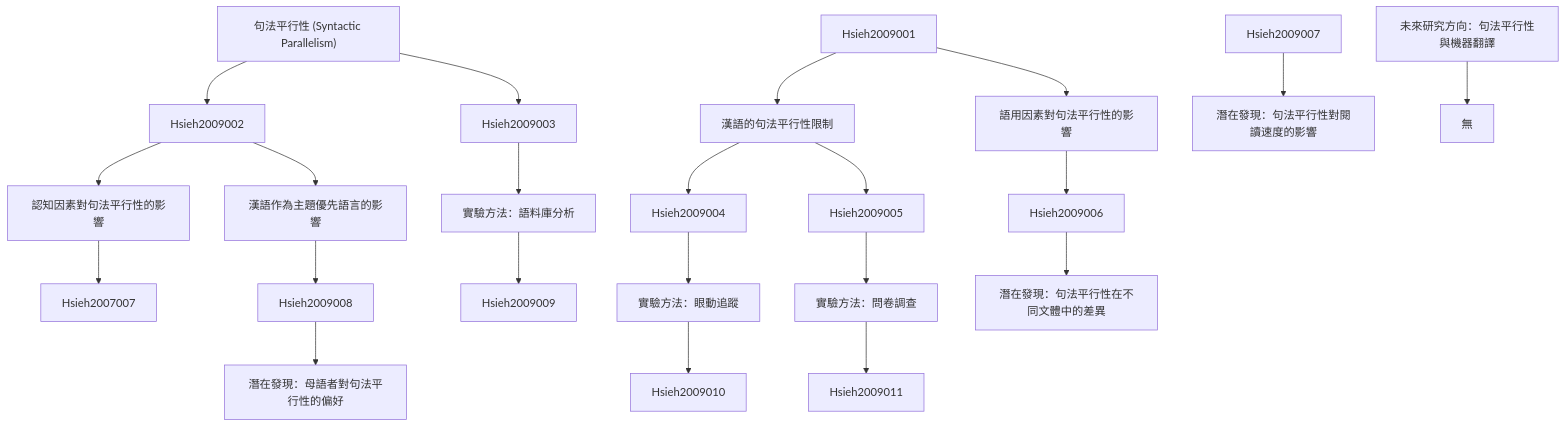
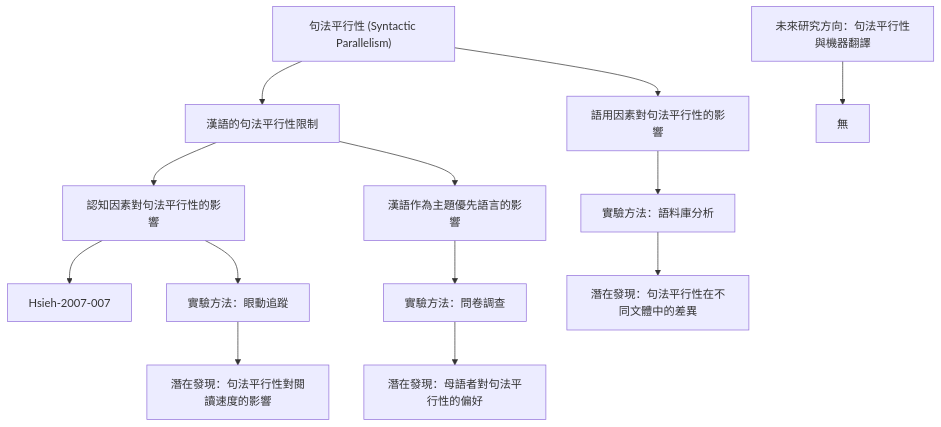
One commit to SCgeeker/Claude_Journal_Club_Agents changed the diagram in output/zettelkasten_notes/zettel_Hsieh-2009_20251104/zettel_index.md. Above: the diagram before and after it, drawn with Mermaid. The commit also changed 776 other files, not shown here.

````diff
--- a/output/zettelkasten_notes/zettel_Hsieh-2009_20251104/zettel_index.md
+++ b/output/zettelkasten_notes/zettel_Hsieh-2009_20251104/zettel_index.md
@@ -92,70 +92,58 @@
 ```mermaid
 graph TD
 
     Hsieh-2009-001["句法平行性 (Syntactic Parallelism)"]
 
     Hsieh-2009-002["漢語的句法平行性限制"]
 
     Hsieh-2009-003["語用因素對句法平行性的影響"]
 
     Hsieh-2009-004["認知因素對句法平行性的影響"]
 
     Hsieh-2009-005["漢語作為主題優先語言的影響"]
 
     Hsieh-2009-006["實驗方法：語料庫分析"]
 
     Hsieh-2009-007["實驗方法：眼動追蹤"]
 
     Hsieh-2009-008["實驗方法：問卷調查"]
 
     Hsieh-2009-009["潛在發現：句法平行性在不同文體中的差異"]
 
     Hsieh-2009-010["潛在發現：句法平行性對閱讀速度的影響"]
 
     Hsieh-2009-011["潛在發現：母語者對句法平行性的偏好"]
 
     Hsieh-2009-012["未來研究方向：句法平行性與機器翻譯"]
 
-    Hsieh-2009-001 --> Hsieh2009002
+    Hsieh-2009-001 --> Hsieh-2009-002
 
-    Hsieh-2009-001 --> Hsieh2009003
+    Hsieh-2009-001 --> Hsieh-2009-003
 
-    Hsieh2009001 --> Hsieh-2009-002
 
-    Hsieh-2009-002 --> Hsieh2009004
+    Hsieh-2009-002 --> Hsieh-2009-004
 
-    Hsieh-2009-002 --> Hsieh2009005
+    Hsieh-2009-002 --> Hsieh-2009-005
 
-    Hsieh2009001 --> Hsieh-2009-003
 
-    Hsieh-2009-003 --> Hsieh2009006
+    Hsieh-2009-003 --> Hsieh-2009-006
 
-    Hsieh2009002 --> Hsieh-2009-004
 
-    Hsieh-2009-004 --> Hsieh2007007
+    Hsieh-2009-004 --> Hsieh-2007-007
 
-    Hsieh2009002 --> Hsieh-2009-005
 
-    Hsieh-2009-005 --> Hsieh2009008
+    Hsieh-2009-005 --> Hsieh-2009-008
 
-    Hsieh2009003 --> Hsieh-2009-006
 
-    Hsieh-2009-006 --> Hsieh2009009
+    Hsieh-2009-006 --> Hsieh-2009-009
 
-    Hsieh2009004 --> Hsieh-2009-007
+    Hsieh-2009-004 --> Hsieh-2009-007
 
-    Hsieh-2009-007 --> Hsieh2009010
+    Hsieh-2009-007 --> Hsieh-2009-010
 
-    Hsieh2009005 --> Hsieh-2009-008
 
-    Hsieh-2009-008 --> Hsieh2009011
-
-    Hsieh2009006 --> Hsieh-2009-009
-
-    Hsieh2009007 --> Hsieh-2009-010
-
-    Hsieh2009008 --> Hsieh-2009-011
+    Hsieh-2009-008 --> Hsieh-2009-011
 
     Hsieh-2009-012 --> 無
 
 ```
````
